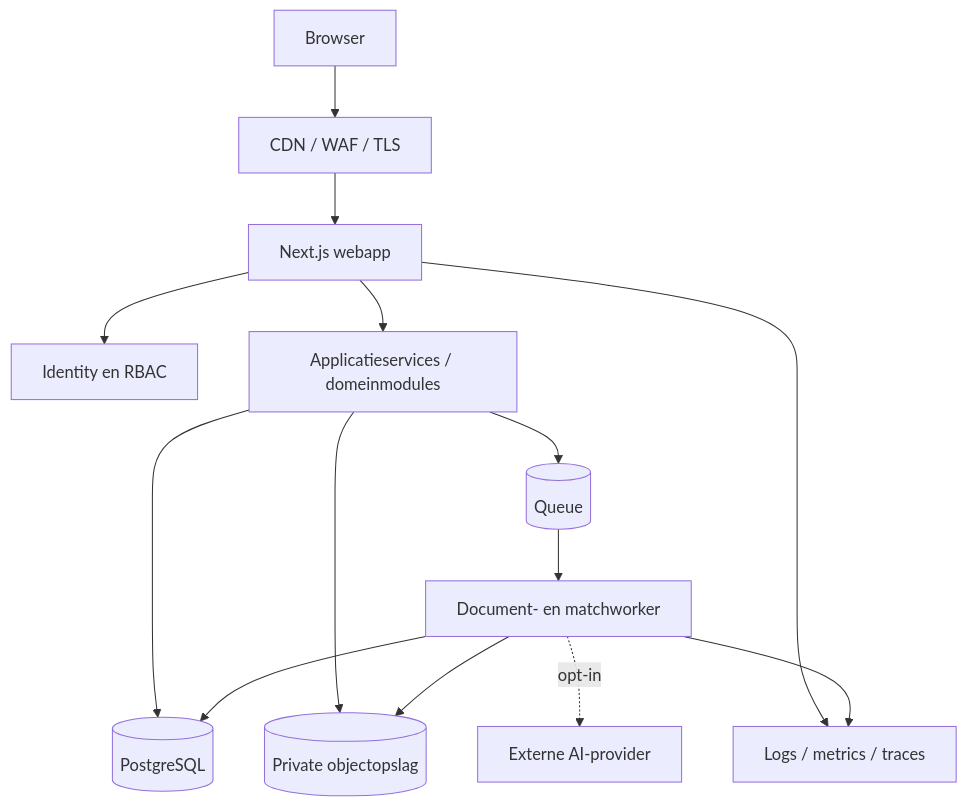
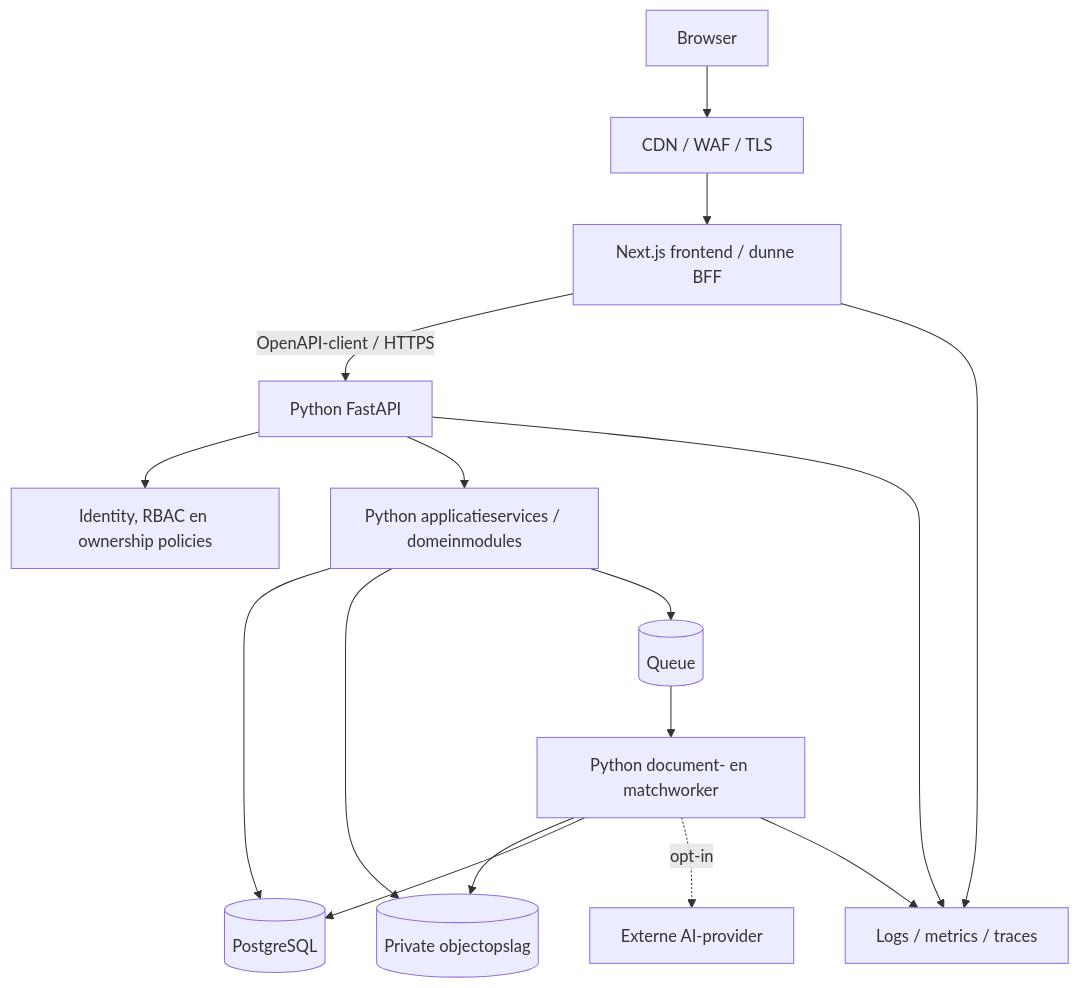
One commit to oli4vos/Compliance-in-control changed the seventh of 7 diagrams in ARCHITECTURE.md. Above: the diagram before and after it, drawn with Mermaid. The commit also changed other lines of this file and 1 other file, not shown here.

Commit message:
Adopt Python as the permanent backend architecture

````diff
--- a/ARCHITECTURE.md
+++ b/ARCHITECTURE.md
@@ -469,16 +504,18 @@
 ```mermaid
 flowchart TB
     U[Browser] --> CDN[CDN / WAF / TLS]
-    CDN --> WEB[Next.js webapp]
-    WEB --> AUTH[Identity en RBAC]
-    WEB --> APP[Applicatieservices / domeinmodules]
+    CDN --> WEB[Next.js frontend / dunne BFF]
+    WEB -->|OpenAPI-client / HTTPS| API[Python FastAPI]
+    API --> AUTH[Identity, RBAC en ownership policies]
+    API --> APP[Python applicatieservices / domeinmodules]
     APP --> PG[(PostgreSQL)]
     APP --> OBJ[(Private objectopslag)]
     APP --> Q[(Queue)]
-    Q --> WK[Document- en matchworker]
+    Q --> WK[Python document- en matchworker]
     WK --> OBJ
     WK --> PG
     WK -. opt-in .-> AI[Externe AI-provider]
     WEB --> OBS[Logs / metrics / traces]
+    API --> OBS
     WK --> OBS
 ```
````
